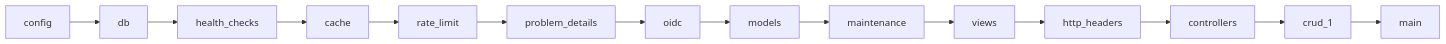
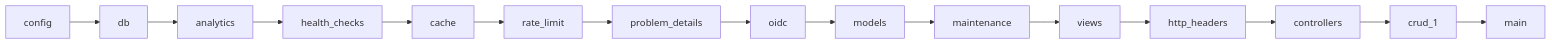
One commit to craftainer/template-fastapi changed the first of 2 diagrams in src/app/README.md. Above: the diagram before and after it, drawn with Mermaid. The commit also changed other lines of this file and 15 other files, not shown here.

````diff
--- a/src/app/README.md
+++ b/src/app/README.md
@@ -124,6 +127,6 @@
 ```mermaid
 graph LR
-    config --> db --> health_checks --> cache --> rate_limit --> problem_details
+    config --> db --> analytics --> health_checks --> cache --> rate_limit --> problem_details
     problem_details --> oidc --> models --> maintenance
     maintenance --> views --> http_headers --> controllers --> crud_1 --> main
 ```
````
